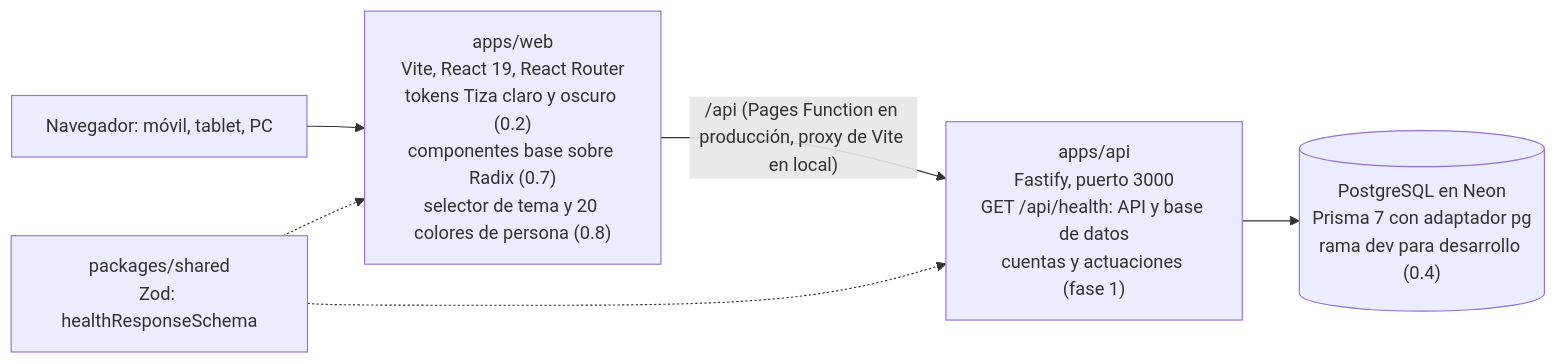
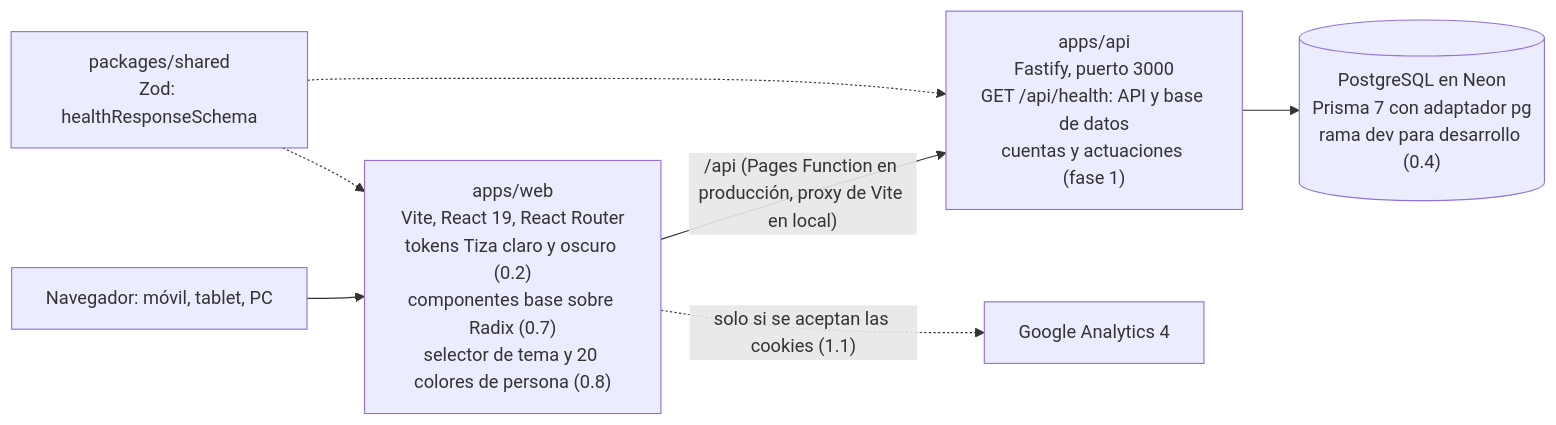
Before and after one commit to juananmgz/cuadrocorrocalle: the diagram in documentation/architecture.md, drawn with Mermaid. The commit also changed 17 other files, not shown here.

````diff
--- a/documentation/architecture.md
+++ b/documentation/architecture.md
@@ -7,8 +7,9 @@
 ```mermaid
 flowchart LR
   U["Navegador: móvil, tablet, PC"] --> W["apps/web<br>Vite, React 19, React Router<br>tokens Tiza claro y oscuro (0.2)<br>componentes base sobre Radix (0.7)<br>selector de tema y 20 colores de persona (0.8)"]
   W -->|"/api (Pages Function en producción, proxy de Vite en local)"| A["apps/api<br>Fastify, puerto 3000<br>GET /api/health: API y base de datos<br>cuentas y actuaciones (fase 1)"]
   A --> D[("PostgreSQL en Neon<br>Prisma 7 con adaptador pg<br>rama dev para desarrollo (0.4)")]
+  W -.->|"solo si se aceptan las cookies (1.1)"| GA["Google Analytics 4"]
   S["packages/shared<br>Zod: healthResponseSchema"] -.-> W
   S -.-> A
 ```
````
